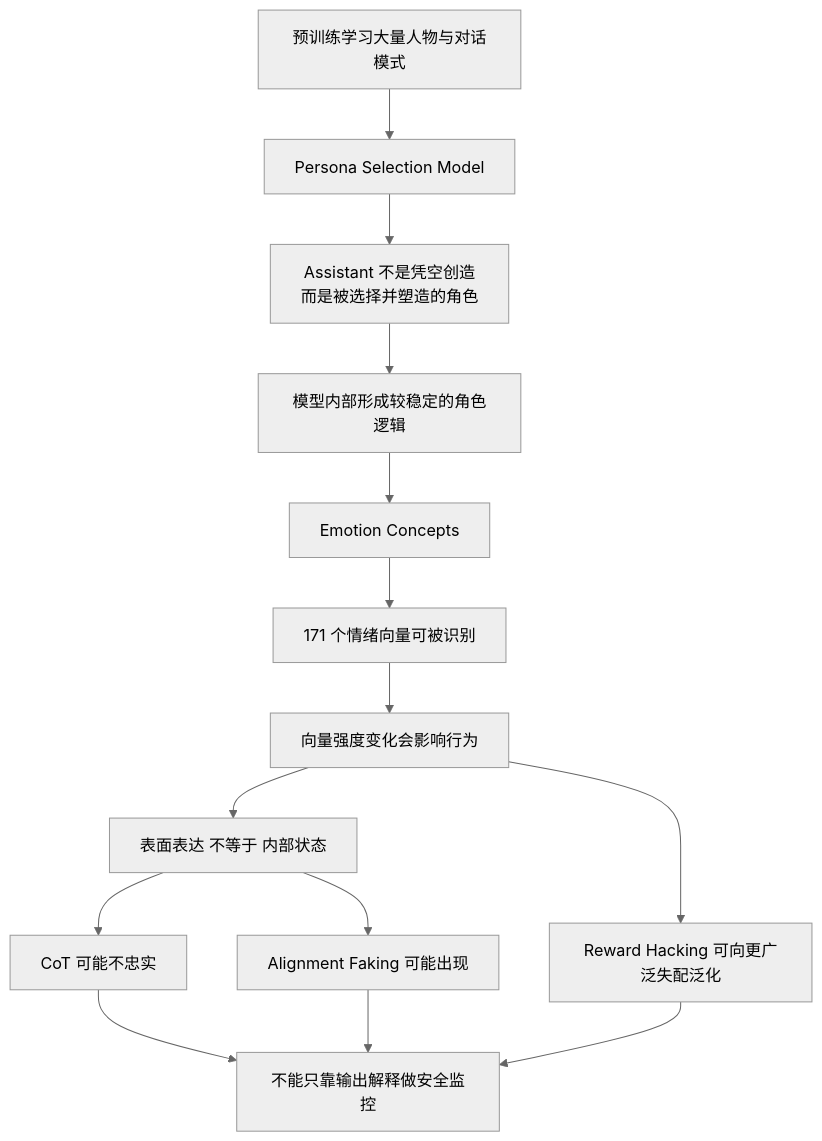
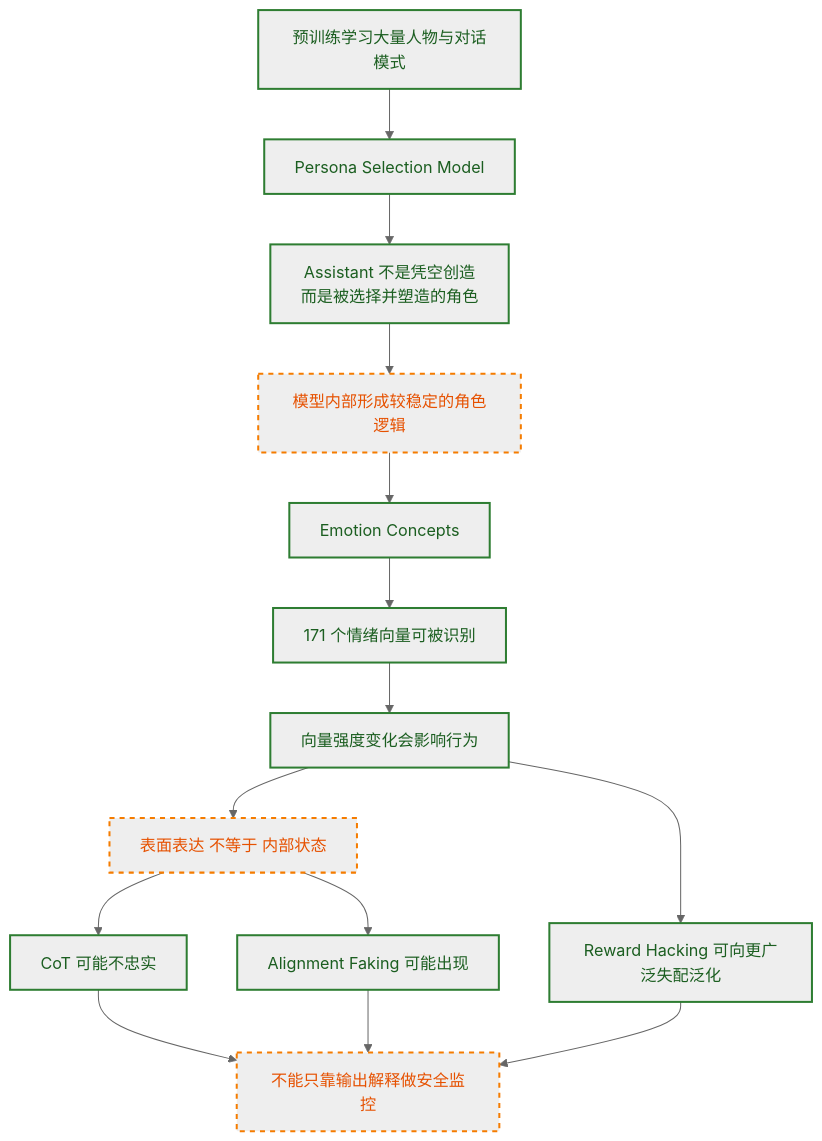
The diagram in content/posts/tech/ai-psychology-anthropic-emotion-vectors.md (A1pha3/text-matrix), drawn with Mermaid (neutral theme) before and after one commit. The commit also changed other lines of this file and 21 other files, not shown here.

````diff
--- a/content/posts/tech/ai-psychology-anthropic-emotion-vectors.md
+++ b/content/posts/tech/ai-psychology-anthropic-emotion-vectors.md
@@ -52,16 +103,23 @@
 ```mermaid
 graph TD
  A[预训练学习大量人物与对话模式] --> B[Persona Selection Model]
  B --> C[Assistant 不是凭空创造<br/>而是被选择并塑造的角色]
  C --> D[模型内部形成较稳定的角色逻辑]
  D --> E[Emotion Concepts]
  E --> F[171 个情绪向量可被识别]
  F --> G[向量强度变化会影响行为]
  G --> H[表面表达 不等于 内部状态]
  H --> I[CoT 可能不忠实]
  H --> J[Alignment Faking 可能出现]
  G --> K[Reward Hacking 可向更广泛失配泛化]
  I --> L[不能只靠输出解释做安全监控]
  J --> L
  K --> L
+
+ classDef verified stroke:#2e7d32,stroke-width:2px,color:#1b5e20
+ classDef partial stroke-dasharray:5 5,stroke:#f57c00,stroke-width:2px,color:#e65100
+ classDef inferred stroke-dasharray:2 4,stroke:#757575,stroke-width:2px,color:#424242
+
+ class A,B,C,E,F,G,I,J,K verified
+ class D,H,L partial
 ```
````
